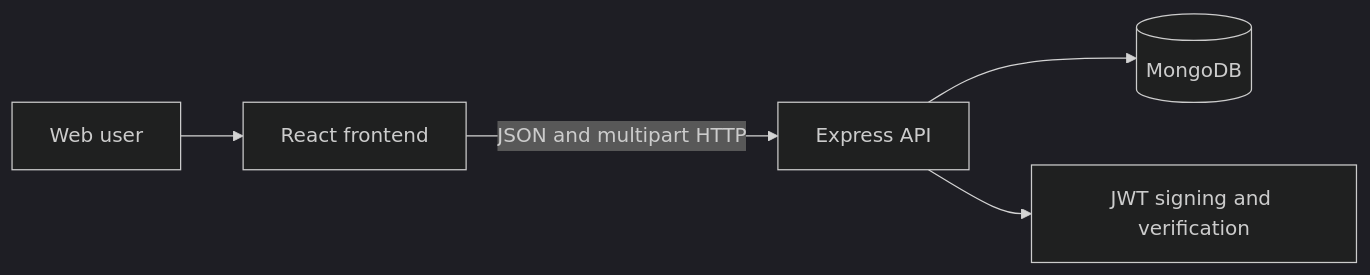
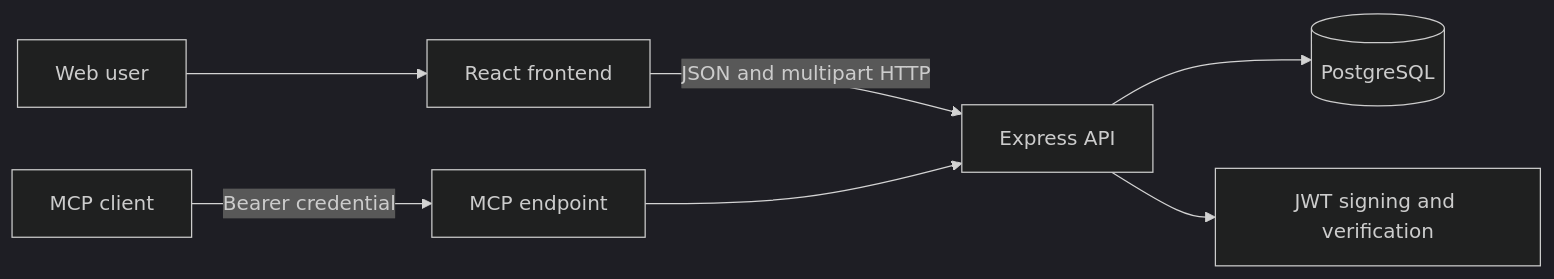
The diagram in ARCHITECTURE.md (Stephen-Bentley/project-tracker), drawn with Mermaid (dark theme) before and after one commit. The commit also changed other lines of this file and 26 other files, not shown here.

Commit message:
feat: move runtime to postgres and add mcp automation

````diff
--- a/ARCHITECTURE.md
+++ b/ARCHITECTURE.md
@@ -17,7 +15,9 @@
 ```mermaid
 flowchart LR
   User[Web user] --> Frontend[React frontend]
+  Client[MCP client] -->|Bearer credential| MCP[MCP endpoint]
   Frontend -->|JSON and multipart HTTP| API[Express API]
-  API --> Mongo[(MongoDB)]
+  MCP --> API
+  API --> Postgres[(PostgreSQL)]
   API --> JWT[JWT signing and verification]
 ```
````
